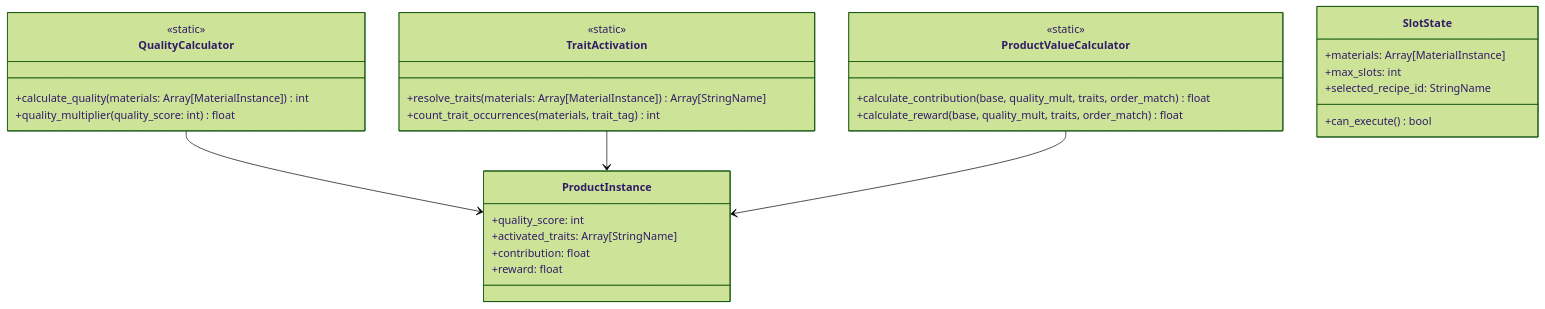
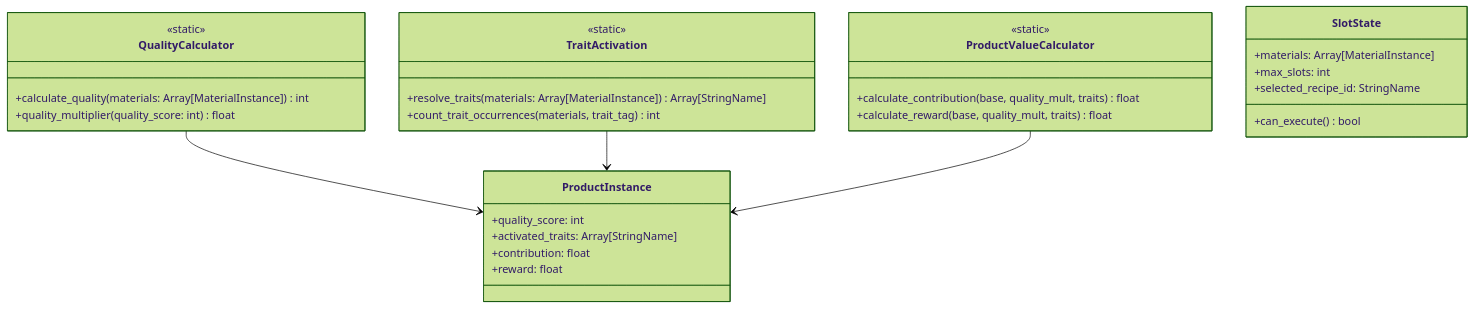
Before and after one commit to yaguma/alchemy-atelier: the second of 6 diagrams in docs/design/atelier-alchemy-core/core-systems.md, drawn with Mermaid (forest theme). The commit also changed other lines of this file and 12 other files, not shown here.

````diff
--- a/docs/design/atelier-alchemy-core/core-systems.md
+++ b/docs/design/atelier-alchemy-core/core-systems.md
@@ -92,34 +96,34 @@
 ```mermaid
 classDiagram
     class QualityCalculator {
         <<static>>
         +calculate_quality(materials: Array[MaterialInstance]) int
         +quality_multiplier(quality_score: int) float
     }
     class TraitActivation {
         <<static>>
         +resolve_traits(materials: Array[MaterialInstance]) Array[StringName]
         +count_trait_occurrences(materials, trait_tag) int
     }
     class ProductValueCalculator {
         <<static>>
-        +calculate_contribution(base, quality_mult, traits, order_match) float
-        +calculate_reward(base, quality_mult, traits, order_match) float
+        +calculate_contribution(base, quality_mult, traits) float
+        +calculate_reward(base, quality_mult, traits) float
     }
     class SlotState {
         +materials: Array[MaterialInstance]
         +max_slots: int
         +selected_recipe_id: StringName
         +can_execute() bool
     }
     class ProductInstance {
         +quality_score: int
         +activated_traits: Array[StringName]
         +contribution: float
         +reward: float
     }
 
     QualityCalculator --> ProductInstance
     TraitActivation --> ProductInstance
     ProductValueCalculator --> ProductInstance
 ```
````
